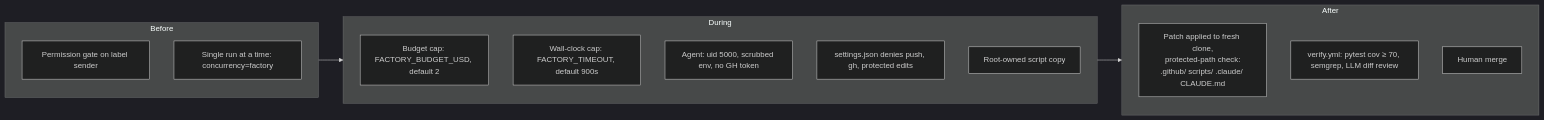
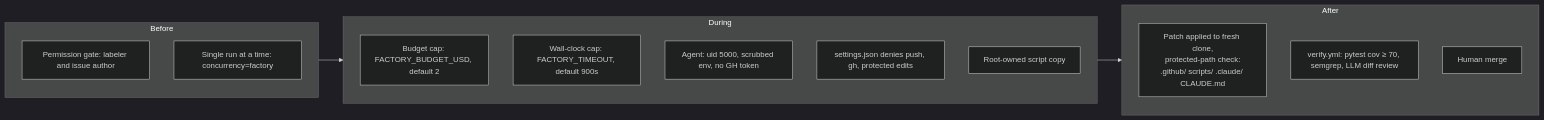
The third of 3 diagrams in README.md (fasoulas/factory-sandbox), drawn with Mermaid (dark theme) before and after one commit. The commit also changed other lines of this file and 1 other file, not shown here.

First line of the commit message:
fix/gate issue author (#28)

````diff
--- a/README.md
+++ b/README.md
@@ -85,20 +85,20 @@
 ```mermaid
 flowchart LR
     subgraph Before
-        P1[Permission gate on label sender]
+        P1[Permission gate: labeler and issue author]
         P2[Single run at a time: concurrency=factory]
     end
     subgraph During
         D1[Budget cap: FACTORY_BUDGET_USD, default 2]
         D2[Wall-clock cap: FACTORY_TIMEOUT, default 900s]
         D3[Agent: uid 5000, scrubbed env, no GH token]
         D4[settings.json denies push, gh, protected edits]
         D5[Root-owned script copy]
     end
     subgraph After
         A1[Patch applied to fresh clone,<br/>protected-path check:<br/>.github/ scripts/ .claude/ CLAUDE.md]
         A2[verify.yml: pytest cov ≥ 70, semgrep, LLM diff review]
         A3[Human merge]
     end
     Before --> During --> After
 ```
````
